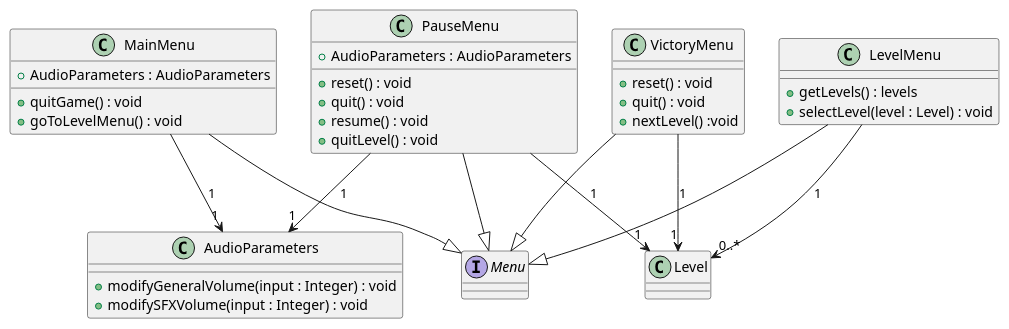
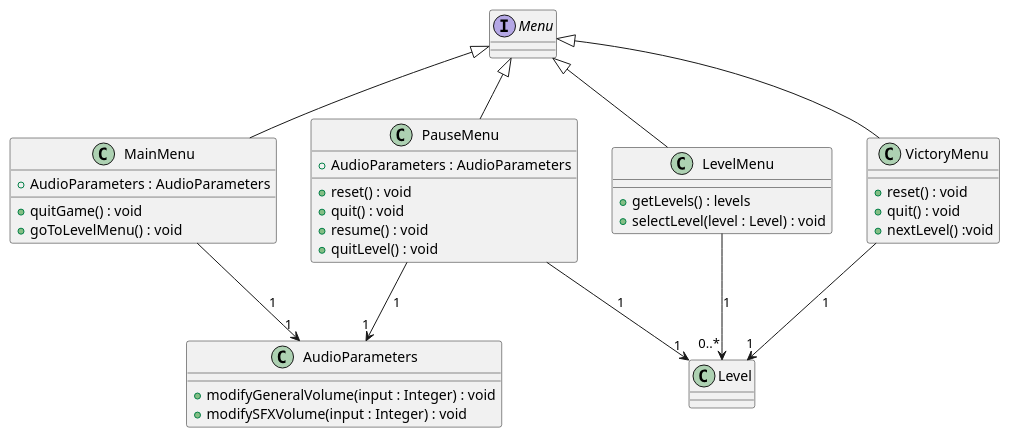
The diagram in MenuClassDiagram.puml (2spoopy4u/Oskour_Inc), drawn with PlantUML before and after one commit.

Commit message:
Correction diagramme de classe menu

```diff
--- a/MenuClassDiagram.puml
+++ b/MenuClassDiagram.puml
@@ -1,52 +1,47 @@
 @startuml
 
 interface Menu{
 }
 
-class MainMenu{
+class MainMenu extends Menu{
     +AudioParameters : AudioParameters
     +quitGame() : void
     +goToLevelMenu() : void
 }
 
-class LevelMenu {
+class LevelMenu extends Menu {
     +getLevels() : levels
     +selectLevel(level : Level) : void
 }
 
-class PauseMenu {
+class PauseMenu extends Menu {
     +AudioParameters : AudioParameters
     +reset() : void
     +quit() : void
     +resume() : void
     +quitLevel() : void
 }
 
-class VictoryMenu {
+class VictoryMenu extends Menu {
     +reset() : void
     +quit() : void
     +nextLevel() :void
 }
 
 class AudioParameters {
     +modifyGeneralVolume(input : Integer) : void
     +modifySFXVolume(input : Integer) : void
 }
 
 class Level {
     ' ref to Level Class
 }
 
-MainMenu --|> Menu
-LevelMenu --|> Menu
-PauseMenu --|> Menu
-VictoryMenu --|> Menu
-
 PauseMenu --> "1" AudioParameters : "1"
 MainMenu --> "1" AudioParameters : "1"
 
 LevelMenu --> "0..*" Level : "1"
 PauseMenu --> "1" Level : "1"
 VictoryMenu --> "1" Level : "1"
 
 @enduml
```
